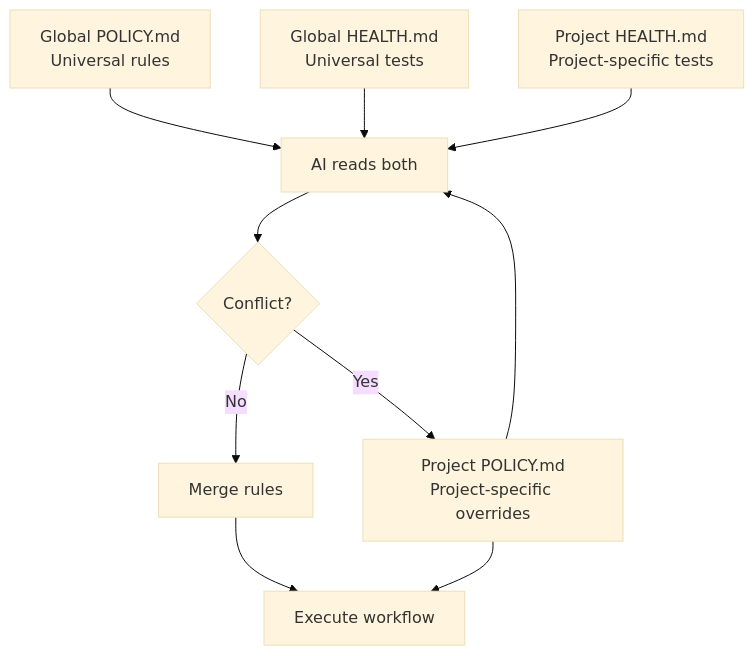
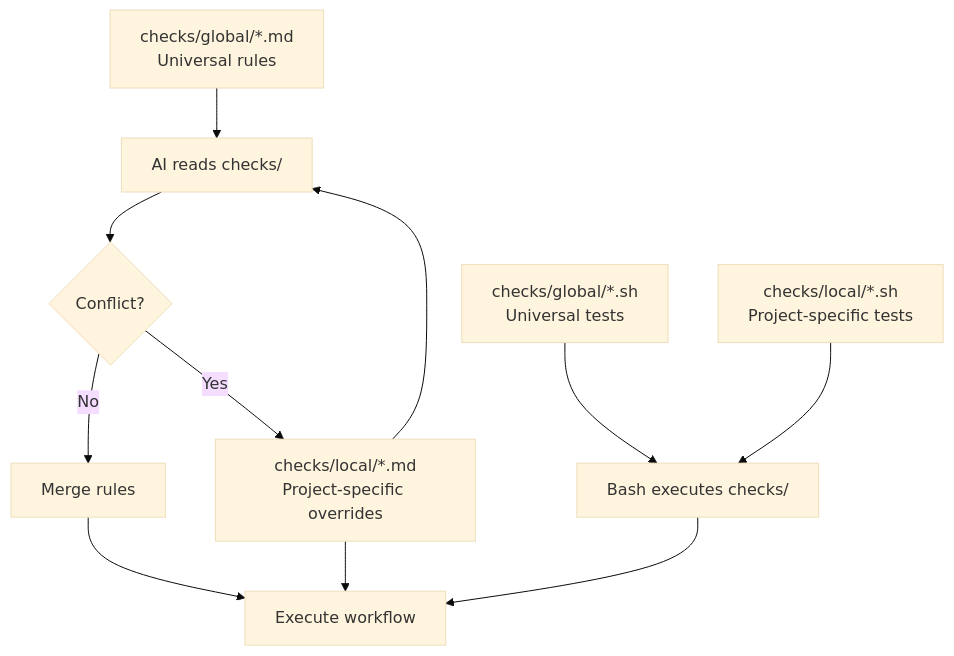
One commit to AgentWorkers/skills changed the second of 3 diagrams in skills/nonlinear/backstage/SKILL.md. Above: the diagram before and after it, drawn with Mermaid (base theme). The commit also changed other lines of this file and 38 other files, not shown here.

````diff
--- a/skills/nonlinear/backstage/SKILL.md
+++ b/skills/nonlinear/backstage/SKILL.md
@@ -167,23 +176,25 @@
 ```mermaid
 flowchart TD
-    GLOBAL[Global POLICY.md<br/>Universal rules]
-    PROJECT[Project POLICY.md<br/>Project-specific overrides]
+    GLOBAL_POL[checks/global/*.md<br/>Universal rules]
+    LOCAL_POL[checks/local/*.md<br/>Project-specific overrides]
     
-    GLOBAL_HEALTH[Global HEALTH.md<br/>Universal tests]
-    PROJECT_HEALTH[Project HEALTH.md<br/>Project-specific tests]
+    GLOBAL_CHK[checks/global/*.sh<br/>Universal tests]
+    LOCAL_CHK[checks/local/*.sh<br/>Project-specific tests]
     
-    AI[AI reads both]
+    AI[AI reads checks/]
+    BASH[Bash executes checks/]
     CONFLICT{Conflict?}
     
-    GLOBAL --> AI
-    PROJECT --> AI
-    GLOBAL_HEALTH --> AI
-    PROJECT_HEALTH --> AI
+    GLOBAL_POL --> AI
+    LOCAL_POL --> AI
+    GLOBAL_CHK --> BASH
+    LOCAL_CHK --> BASH
     
     AI --> CONFLICT
-    CONFLICT -->|Yes| PROJECT
+    CONFLICT -->|Yes| LOCAL_POL
     CONFLICT -->|No| MERGE[Merge rules]
     
     MERGE --> ACTION[Execute workflow]
-    PROJECT --> ACTION
+    LOCAL_POL --> ACTION
+    BASH --> ACTION
 ```  
````
